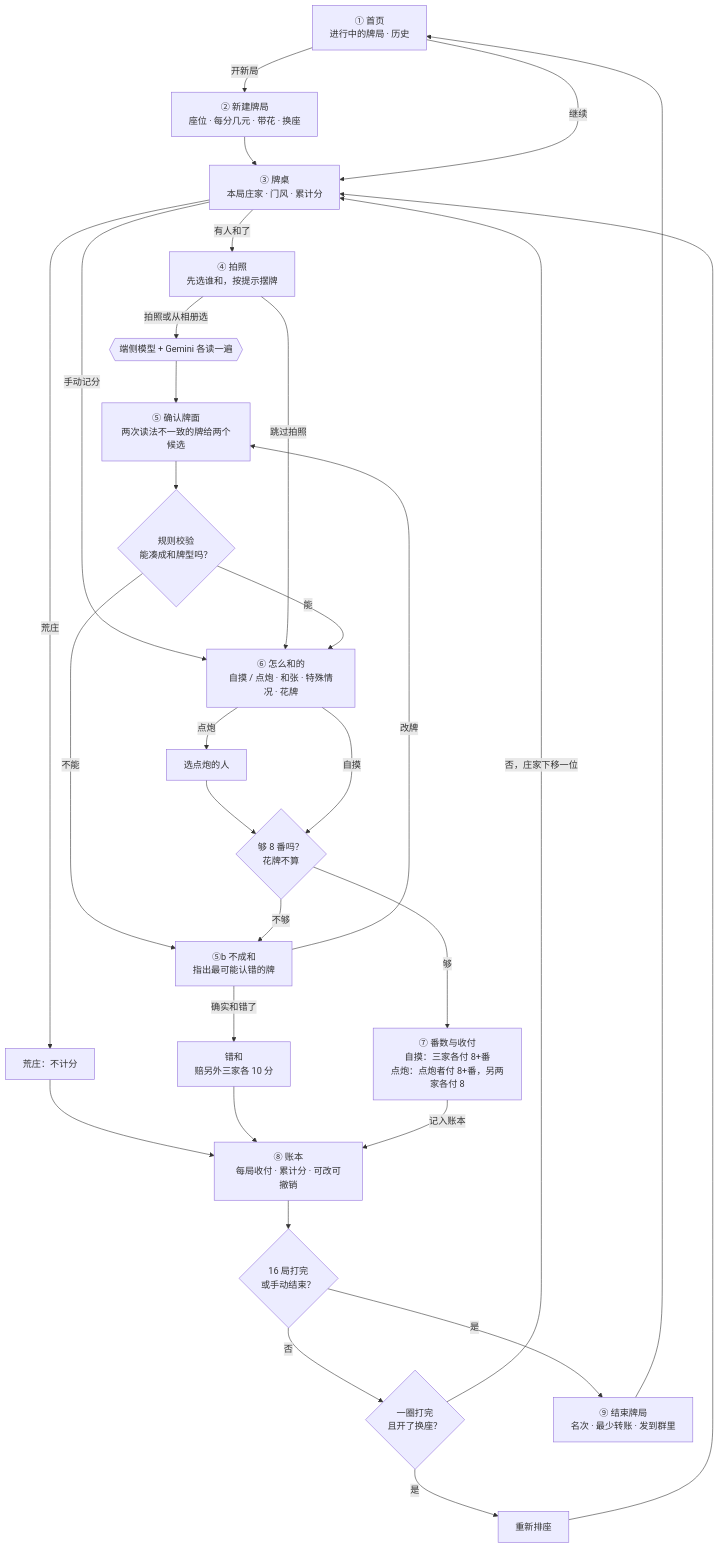
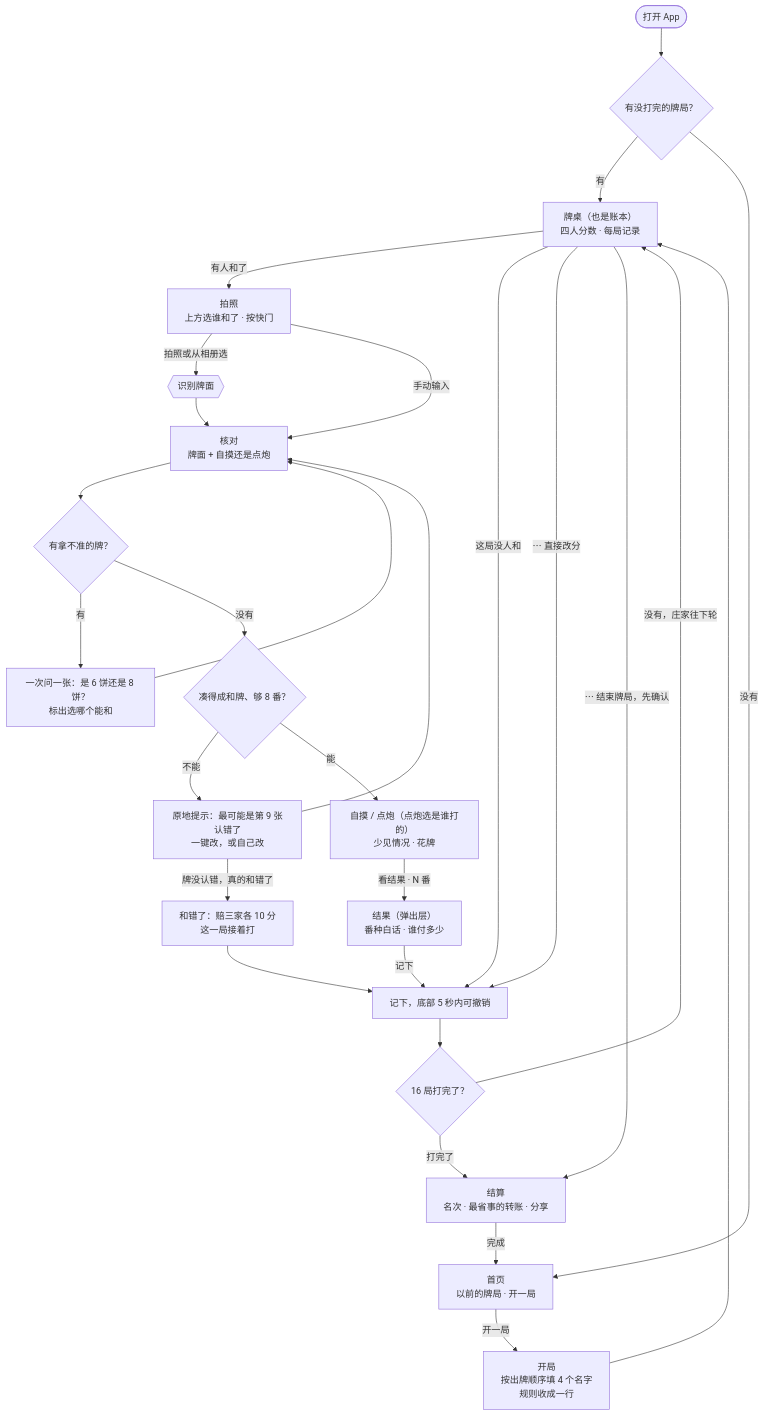
One commit to yangwy30/majiang-ppc changed the diagram in docs/user-flow.md. Above: the diagram before and after it, drawn with Mermaid. The commit also changed other lines of this file and 26 other files, not shown here.

First line of the commit message:
docs: 用户流程 v0.2，流程图和 App 截图换成简化后的版本

````diff
--- a/docs/user-flow.md
+++ b/docs/user-flow.md
@@ -14,45 +14,29 @@
 ```mermaid
 flowchart TD
-    Home["① 首页<br/>进行中的牌局 · 历史"]
-    New["② 新建牌局<br/>座位 · 每分几元 · 带花 · 换座"]
-    Table["③ 牌桌<br/>本局庄家 · 门风 · 累计分"]
-    Capture["④ 拍照<br/>先选谁和，按提示摆牌"]
-    Read{{"端侧模型 + Gemini 各读一遍"}}
-    Confirm["⑤ 确认牌面<br/>两次读法不一致的牌给两个候选"]
-    Shape{"规则校验<br/>能凑成和牌型吗？"}
-    NotWin["⑤b 不成和<br/>指出最可能认错的牌"]
-    Penalty["错和<br/>赔另外三家各 10 分"]
-    How["⑥ 怎么和的<br/>自摸 / 点炮 · 和张 · 特殊情况 · 花牌"]
-    Who["选点炮的人"]
-    Eight{"够 8 番吗？<br/>花牌不算"}
-    Result["⑦ 番数与收付<br/>自摸：三家各付 8+番<br/>点炮：点炮者付 8+番，另两家各付 8"]
-    Draw["荒庄：不计分"]
-    Ledger["⑧ 账本<br/>每局收付 · 累计分 · 可改可撤销"]
-    Done{"16 局打完<br/>或手动结束？"}
-    Swap{"一圈打完<br/>且开了换座？"}
-    Reseat["重新排座"]
-    Settle["⑨ 结束牌局<br/>名次 · 最少转账 · 发到群里"]
+    Open(["打开 App"]) --> Has{"有没打完的牌局？"}
+    Has -->|有| Table
+    Has -->|没有| Home["首页<br/>以前的牌局 · 开一局"]
+    Home -->|开一局| New["开局<br/>按出牌顺序填 4 个名字<br/>规则收成一行"]
+    New --> Table["牌桌（也是账本）<br/>四人分数 · 每局记录"]
 
-    Home -->|开新局| New --> Table
-    Home -->|继续| Table
-    Table -->|有人和了| Capture
-    Table -->|荒庄| Draw --> Ledger
-    Table -->|手动记分| How
-    Capture -->|拍照或从相册选| Read --> Confirm
-    Capture -->|跳过拍照| How
-    Confirm --> Shape
-    Shape -->|能| How
-    Shape -->|不能| NotWin
-    NotWin -->|改牌| Confirm
-    NotWin -->|确实和错了| Penalty --> Ledger
-    How -->|点炮| Who --> Eight
-    How -->|自摸| Eight
-    Eight -->|够| Result
-    Eight -->|不够| NotWin
-    Result -->|记入账本| Ledger
-    Ledger --> Done
-    Done -->|否| Swap
-    Swap -->|否，庄家下移一位| Table
-    Swap -->|是| Reseat --> Table
-    Done -->|是| Settle --> Home
+    Table -->|有人和了| Cam["拍照<br/>上方选谁和了 · 按快门"]
+    Table -->|这局没人和| Undo["记下，底部 5 秒内可撤销"]
+    Table -->|⋯ 直接改分| Undo
+    Cam -->|拍照或从相册选| Read{{"识别牌面"}}
+    Cam -->|手动输入| Check
+    Read --> Check["核对<br/>牌面 + 自摸还是点炮"]
+
+    Check --> Doubt{"有拿不准的牌？"}
+    Doubt -->|有| Ask["一次问一张：是 6 饼还是 8 饼？<br/>标出选哪个能和"] --> Check
+    Doubt -->|没有| Shape{"凑得成和牌、够 8 番？"}
+    Shape -->|不能| Fix["原地提示：最可能是第 9 张认错了<br/>一键改，或自己改"] --> Check
+    Fix -->|牌没认错，真的和错了| FalseWin["和错了：赔三家各 10 分<br/>这一局接着打"] --> Undo
+    Shape -->|能| How["自摸 / 点炮（点炮选是谁打的）<br/>少见情况 · 花牌"]
+    How -->|看结果 · N 番| Result["结果（弹出层）<br/>番种白话 · 谁付多少"]
+    Result -->|记下| Undo
+    Undo --> Done{"16 局打完了？"}
+    Done -->|没有，庄家往下轮| Table
+    Done -->|打完了| Settle
+    Table -->|⋯ 结束牌局，先确认| Settle["结算<br/>名次 · 最省事的转账 · 分享"]
+    Settle -->|完成| Home
 ```
````
